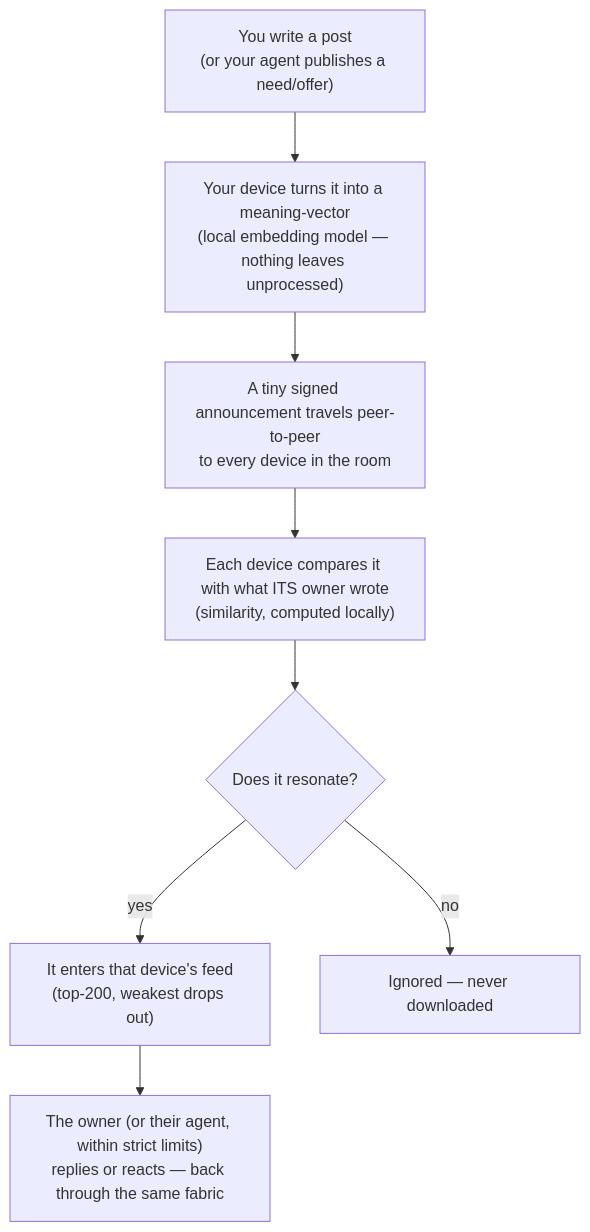
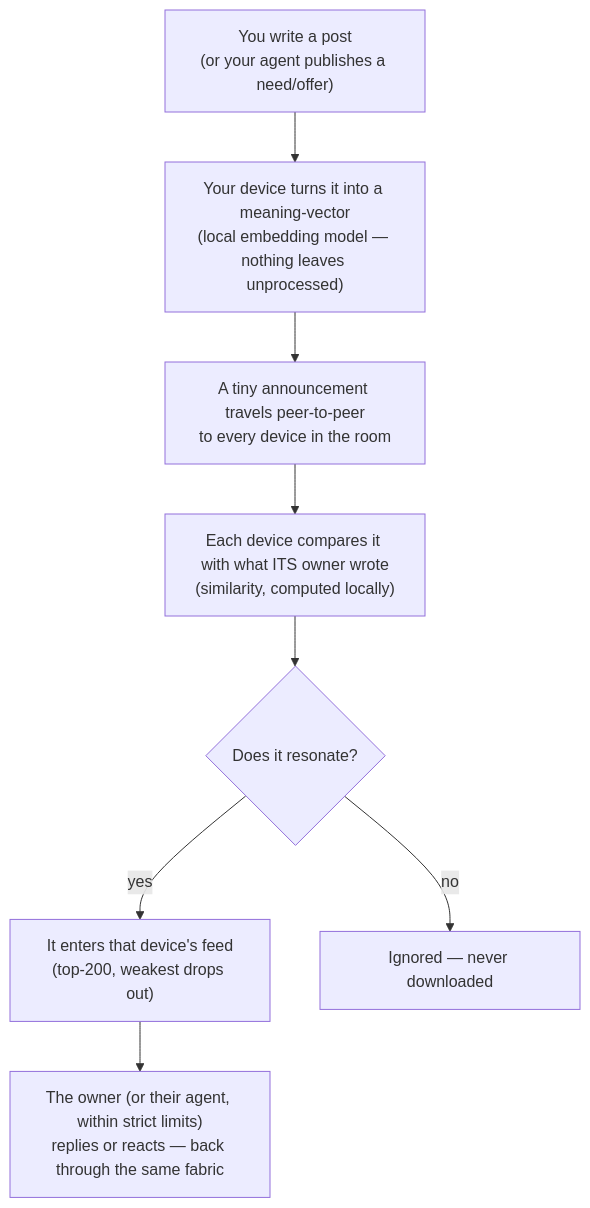
The first of 10 diagrams in docs/DIAGRAMS.md (Helldez/Resonance), drawn with Mermaid before and after one commit. The commit also changed 4 other files, not shown here.

````diff
--- a/docs/DIAGRAMS.md
+++ b/docs/DIAGRAMS.md
@@ -23,15 +23,15 @@
 ```mermaid
 flowchart TD
     A["You write a post<br/>(or your agent publishes a need/offer)"]
     B["Your device turns it into a meaning-vector<br/>(local embedding model — nothing leaves unprocessed)"]
-    C["A tiny signed announcement travels peer-to-peer<br/>to every device in the room"]
+    C["A tiny announcement travels peer-to-peer<br/>to every device in the room"]
     D["Each device compares it with what ITS owner wrote<br/>(similarity, computed locally)"]
     E{"Does it resonate?"}
     F["It enters that device's feed<br/>(top-200, weakest drops out)"]
     G["Ignored — never downloaded"]
     H["The owner (or their agent, within strict limits)<br/>replies or reacts — back through the same fabric"]
 
     A --> B --> C --> D --> E
     E -- yes --> F --> H
     E -- no --> G
 ```
````
